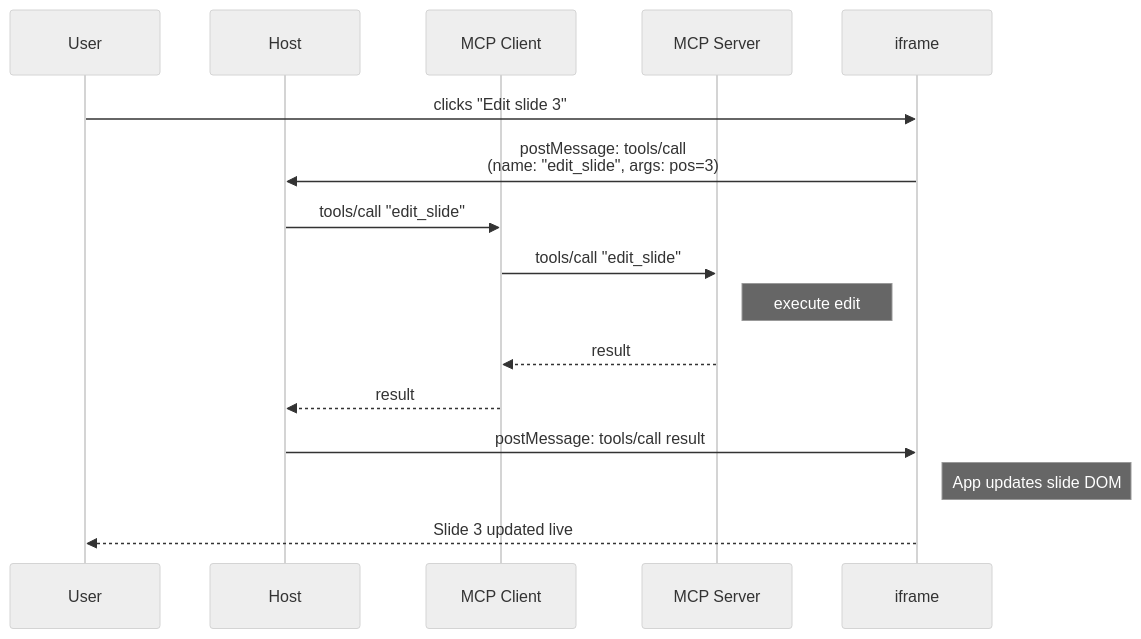
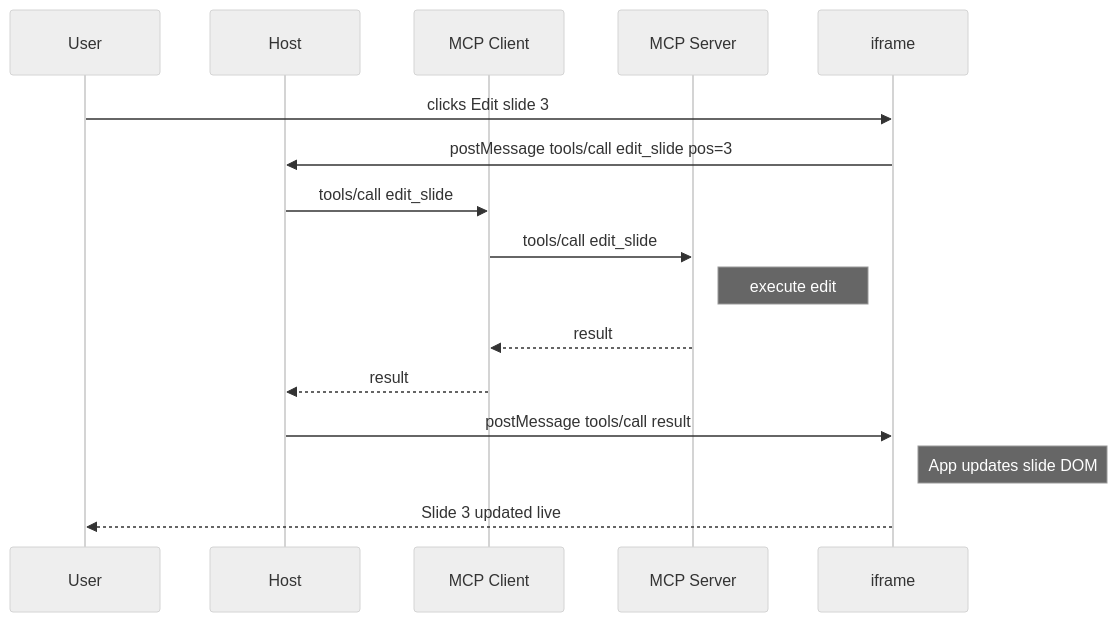
The third of 7 diagrams in docs/APPS_DESIGN.md (panyam/mcpkit), drawn with Mermaid (neutral theme) before and after one commit. The commit also changed other lines of this file, not shown here.

First line of the commit message:
fix: resolve mermaid syntax errors in sequence diagrams

````diff
--- a/docs/APPS_DESIGN.md
+++ b/docs/APPS_DESIGN.md
@@ -289,19 +291,19 @@
 ```mermaid
 sequenceDiagram
     participant User
     participant Host
     participant Client as MCP Client
     participant Server as MCP Server
     participant App as iframe
 
-    User->>App: clicks "Edit slide 3"
-    App->>Host: postMessage: tools/call<br/>(name: "edit_slide", args: pos=3)
-    Host->>Client: tools/call "edit_slide"
-    Client->>Server: tools/call "edit_slide"
+    User->>App: clicks Edit slide 3
+    App->>Host: postMessage tools/call edit_slide pos=3
+    Host->>Client: tools/call edit_slide
+    Client->>Server: tools/call edit_slide
     Note right of Server: execute edit
     Server-->>Client: result
     Client-->>Host: result
-    Host->>App: postMessage: tools/call result
+    Host->>App: postMessage tools/call result
     Note right of App: App updates slide DOM
     App-->>User: Slide 3 updated live
 ```
````
